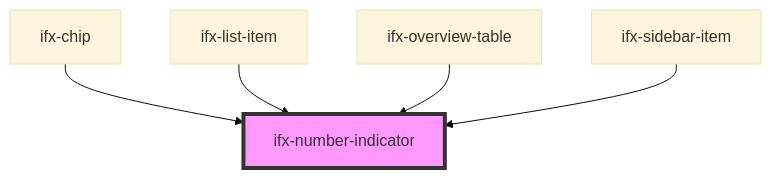
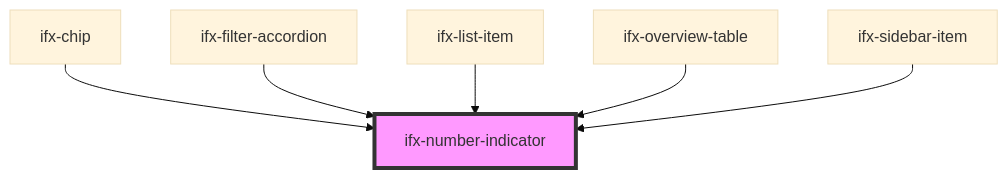
Before and after one commit to Infineon/infineon-design-system-stencil: the diagram in packages/components/src/components/number-indicator/readme.md, drawn with Mermaid (base theme). The commit also changed other lines of this file and 18 other files, not shown here.

````diff
--- a/packages/components/src/components/number-indicator/readme.md
+++ b/packages/components/src/components/number-indicator/readme.md
@@ -25,8 +26,9 @@
 ```mermaid
 graph TD;
   ifx-chip --> ifx-number-indicator
+  ifx-filter-accordion --> ifx-number-indicator
   ifx-list-item --> ifx-number-indicator
   ifx-overview-table --> ifx-number-indicator
   ifx-sidebar-item --> ifx-number-indicator
   style ifx-number-indicator fill:#f9f,stroke:#333,stroke-width:4px
 ```
````
